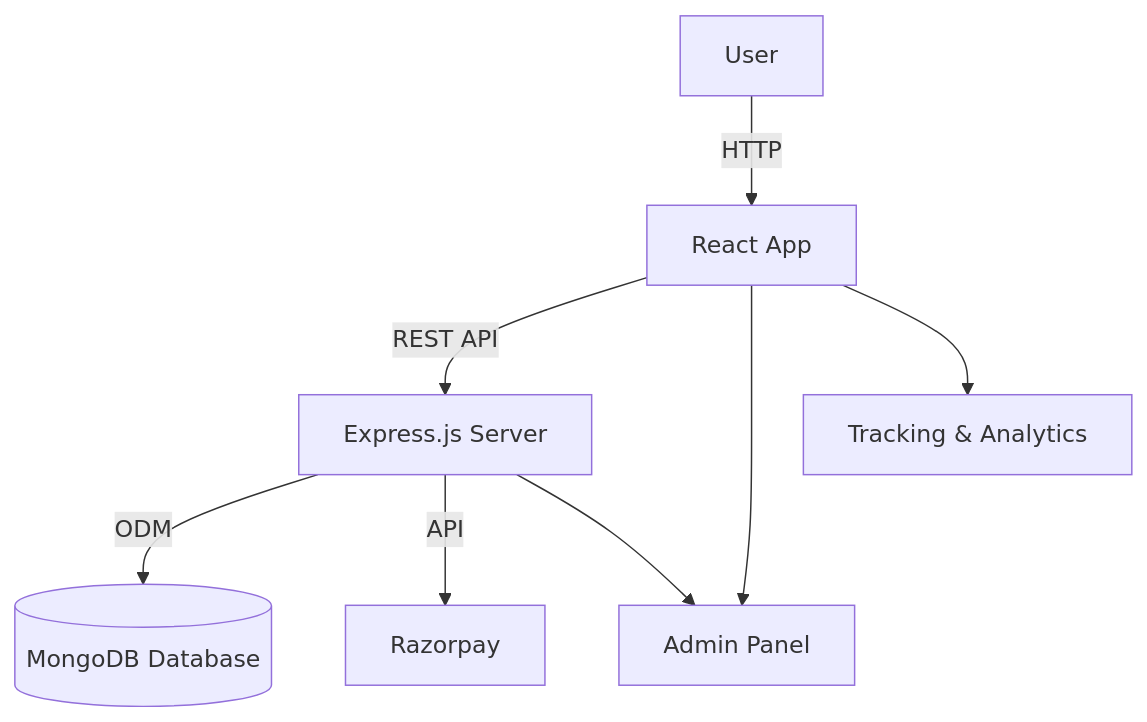
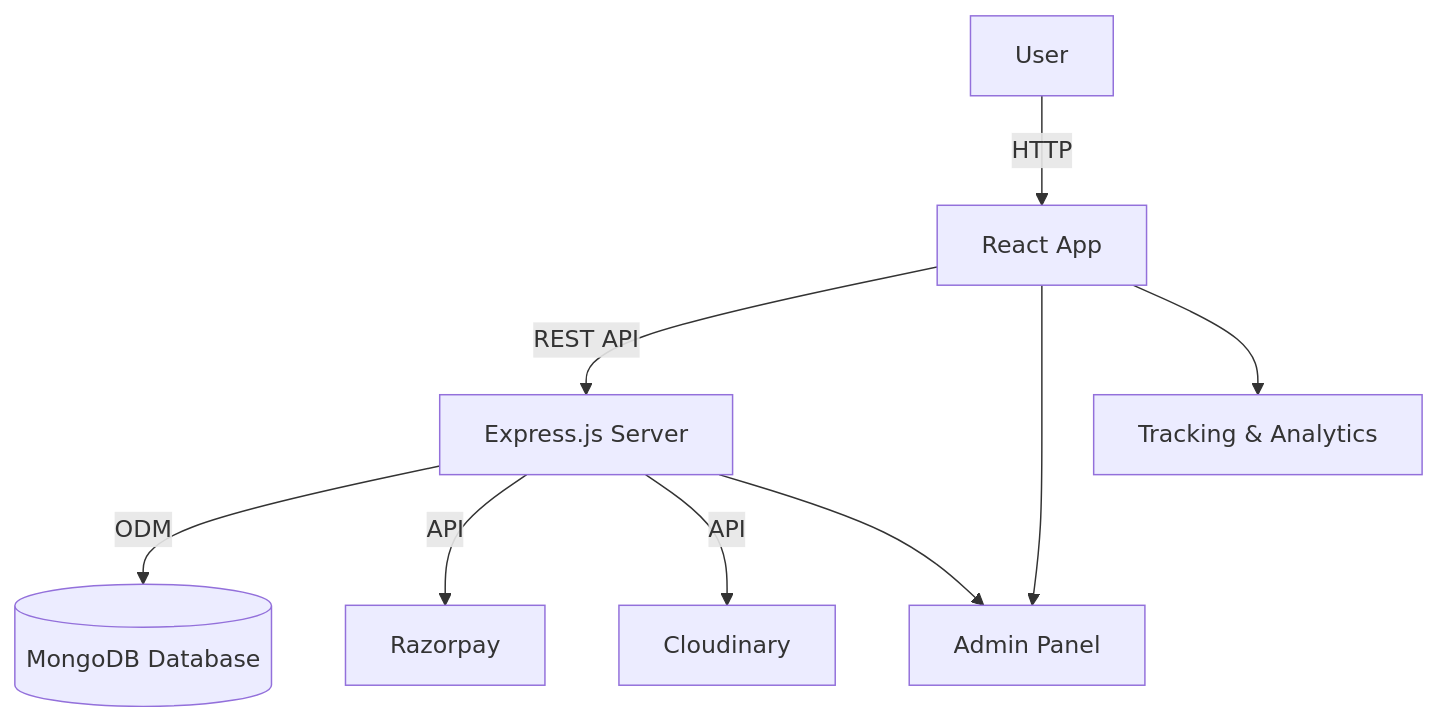
Before and after one commit to Nsanjayboruds/RIVETO: the diagram in README.md, drawn with Mermaid. The commit also changed other lines of this file, not shown here.

````diff
--- a/README.md
+++ b/README.md
@@ -29,9 +30,10 @@
 ```mermaid
 graph TD
     A[User] -->|HTTP| B[React App]
     B -->|REST API| C[Express.js Server]
     C -->|ODM| D[(MongoDB Database)]
     C -->|API| E[Razorpay]
+    C -->|API| H[Cloudinary]
     B & C --> F[Admin Panel]
     B --> G[Tracking & Analytics]
 ```
````
